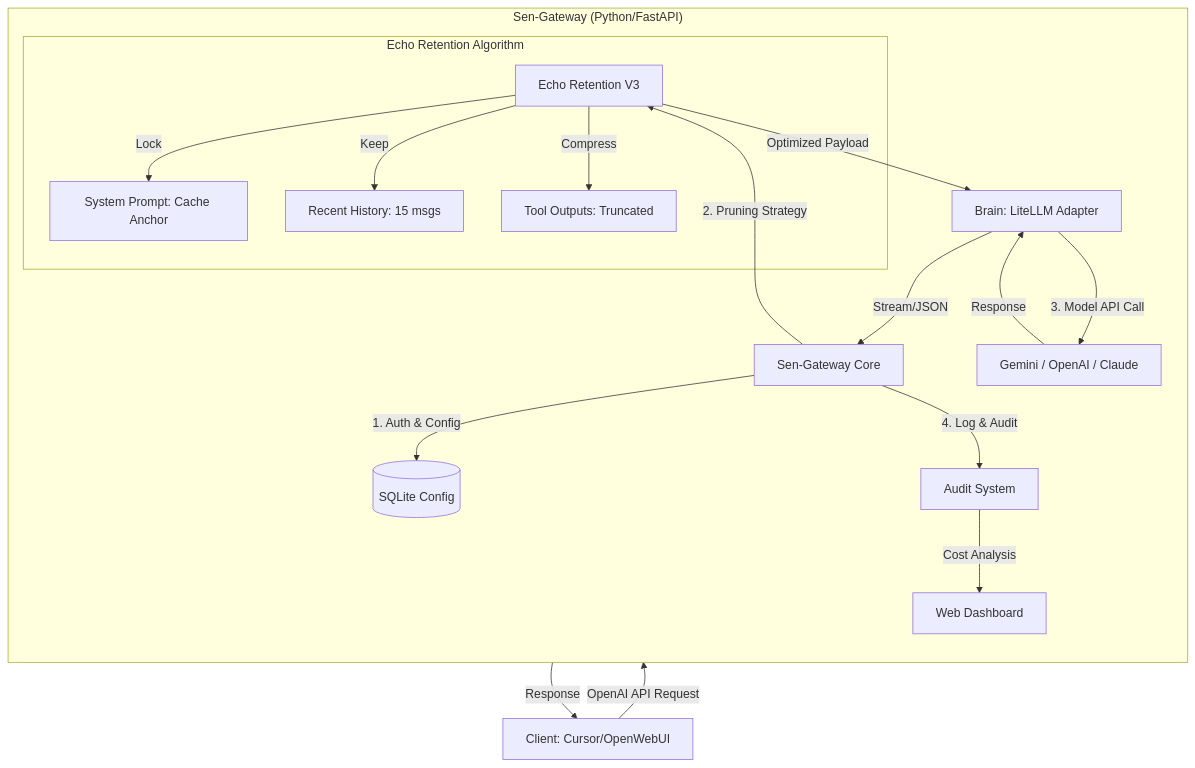
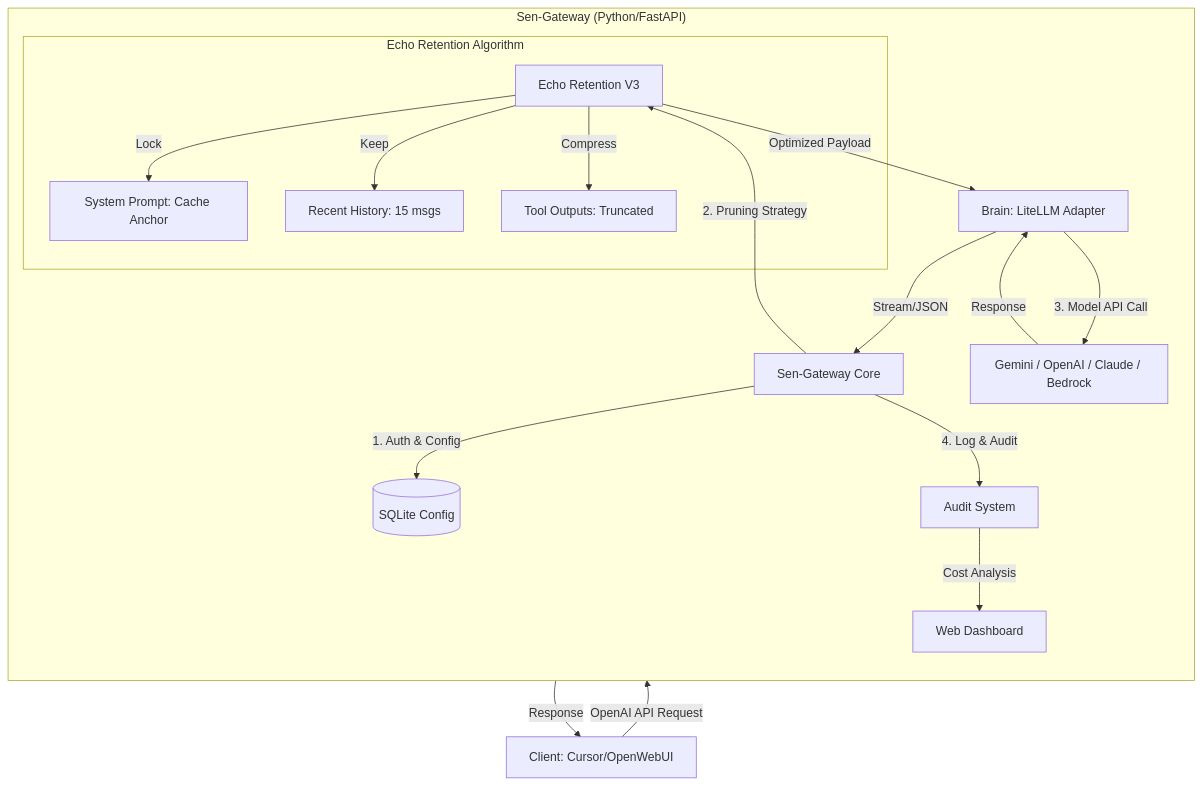
The diagram in README.md (oneles/Sen-Gateway), drawn with Mermaid before and after one commit. The commit also changed other lines of this file and 4 other files, not shown here.

````diff
--- a/README.md
+++ b/README.md
@@ -27,27 +33,27 @@
 ```mermaid
 graph TD
     UserClient[Client: Cursor/OpenWebUI] -->|OpenAI API Request| GatewayCore[Sen-Gateway Core]
     
     subgraph "Sen-Gateway (Python/FastAPI)"
         direction TB
         GatewayCore -->|1. Auth & Config| DBCfg[(SQLite Config)]
         GatewayCore -->|2. Pruning Strategy| PruningEngine[Echo Retention V3]
         
         subgraph "Echo Retention Algorithm"
             PruningEngine -->|Lock| SystemPrompt[System Prompt: Cache Anchor]
             PruningEngine -->|Keep| RecentMsg[Recent History: 15 msgs]
             PruningEngine -->|Compress| MiddleContent[Tool Outputs: Truncated]
         end
         
         PruningEngine -->|Optimized Payload| BrainAdapter[Brain: LiteLLM Adapter]
-        BrainAdapter -->|3. Model API Call| LLMProvider[Gemini / OpenAI / Claude]
+        BrainAdapter -->|3. Model API Call| LLMProvider[Gemini / OpenAI / Claude / Bedrock]
         
         LLMProvider -->|Response| BrainAdapter
         BrainAdapter -->|Stream/JSON| GatewayCore
         
         GatewayCore -->|4. Log & Audit| AuditSys[Audit System]
         AuditSys -->|Cost Analysis| WebDashboard[Web Dashboard]
     end
     
     GatewayCore -->|Response| UserClient
 ```
````
